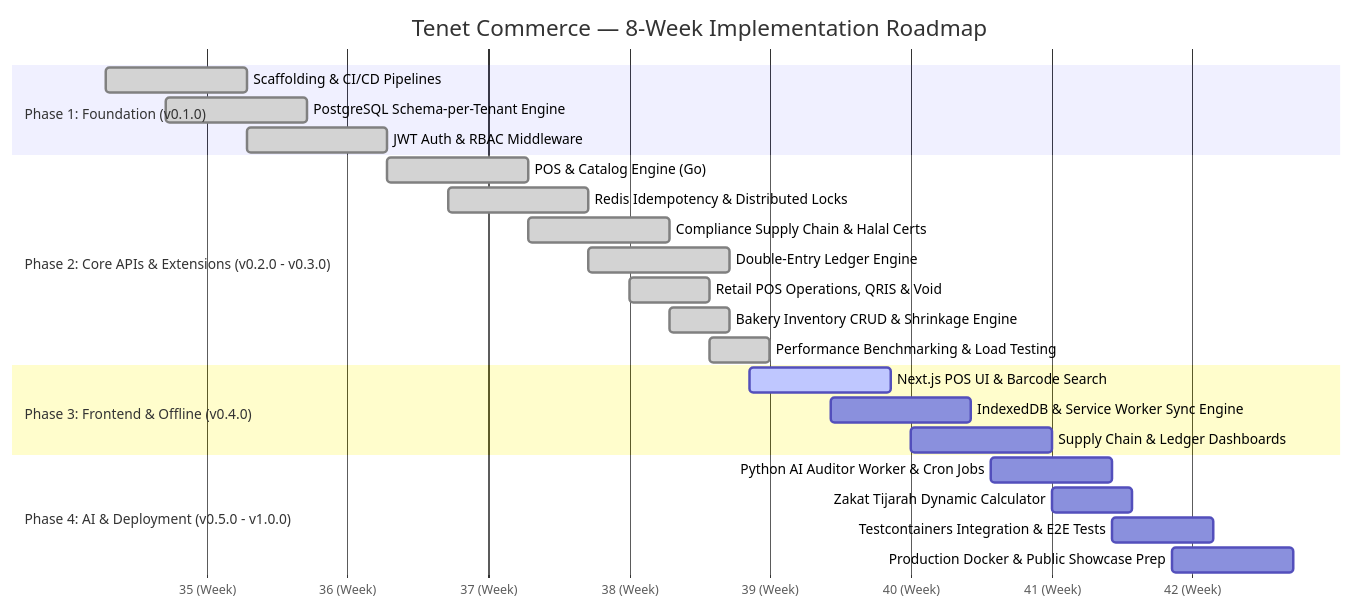
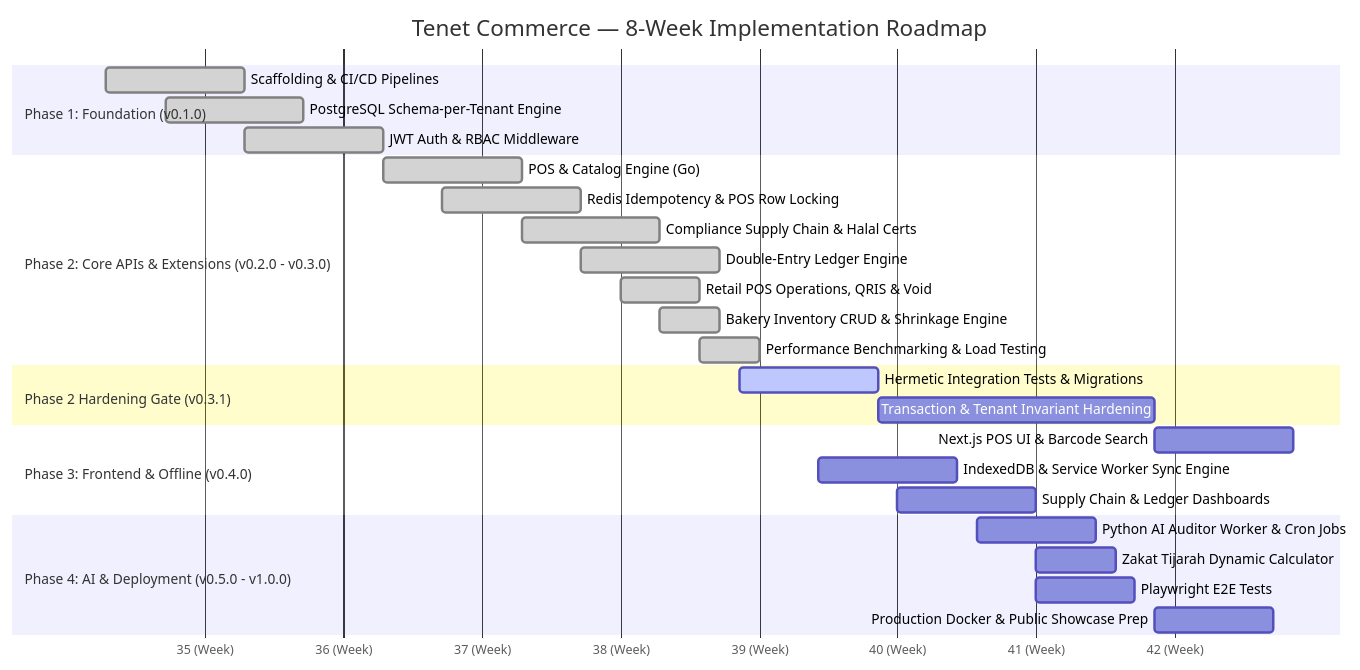
One commit to b45/tenet-commerce changed the diagram in docs/ROADMAP.md. Above: the diagram before and after it, drawn with Mermaid. The commit also changed other lines of this file and 7 other files, not shown here.

````diff
--- a/docs/ROADMAP.md
+++ b/docs/ROADMAP.md
@@ -8,31 +8,35 @@
 ```mermaid
 gantt
     title Tenet Commerce — 8-Week Implementation Roadmap
     dateFormat  YYYY-MM-DD
     axisFormat  %W (Week)
 
     section Phase 1: Foundation (v0.1.0)
     Scaffolding & CI/CD Pipelines           :done, p1_1, 2026-09-01, 7d
     PostgreSQL Schema-per-Tenant Engine    :done, p1_2, 2026-09-04, 7d
     JWT Auth & RBAC Middleware              :done, p1_3, 2026-09-08, 7d
 
     section Phase 2: Core APIs & Extensions (v0.2.0 - v0.3.0)
     POS & Catalog Engine (Go)               :done, p2_1, 2026-09-15, 7d
-    Redis Idempotency & Distributed Locks   :done, p2_2, 2026-09-18, 7d
+    Redis Idempotency & POS Row Locking     :done, p2_2, 2026-09-18, 7d
     Compliance Supply Chain & Halal Certs   :done, p2_3, 2026-09-22, 7d
     Double-Entry Ledger Engine              :done, p2_4, 2026-09-25, 7d
     Retail POS Operations, QRIS & Void      :done, p2_5, 2026-09-27, 4d
     Bakery Inventory CRUD & Shrinkage Engine:done, p2_6, 2026-09-29, 3d
     Performance Benchmarking & Load Testing :done, p2_7, 2026-10-01, 3d
 
+    section Phase 2 Hardening Gate (v0.3.1)
+    Hermetic Integration Tests & Migrations  :active, h1, 2026-10-03, 7d
+    Transaction & Tenant Invariant Hardening :h2, after h1, 14d
+
     section Phase 3: Frontend & Offline (v0.4.0)
-    Next.js POS UI & Barcode Search         :active, p3_1, 2026-10-03, 7d
+    Next.js POS UI & Barcode Search         :p3_1, after h2, 7d
     IndexedDB & Service Worker Sync Engine  :p3_2, 2026-10-07, 7d
     Supply Chain & Ledger Dashboards        :p3_3, 2026-10-11, 7d
 
     section Phase 4: AI & Deployment (v0.5.0 - v1.0.0)
     Python AI Auditor Worker & Cron Jobs    :p4_1, 2026-10-15, 6d
     Zakat Tijarah Dynamic Calculator        :p4_2, 2026-10-18, 4d
-    Testcontainers Integration & E2E Tests  :p4_3, 2026-10-21, 5d
+    Playwright E2E Tests                    :p4_3, after p3_3, 5d
     Production Docker & Public Showcase Prep:p4_4, 2026-10-24, 6d
 ```
````
